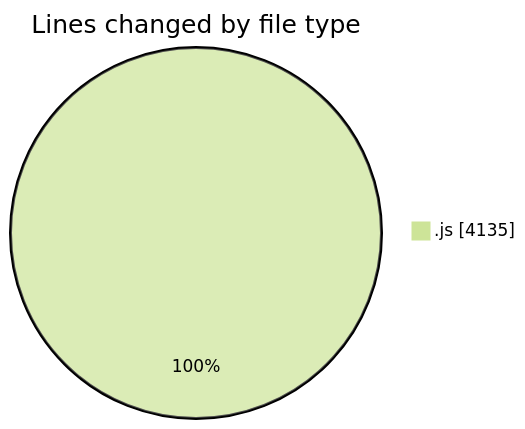
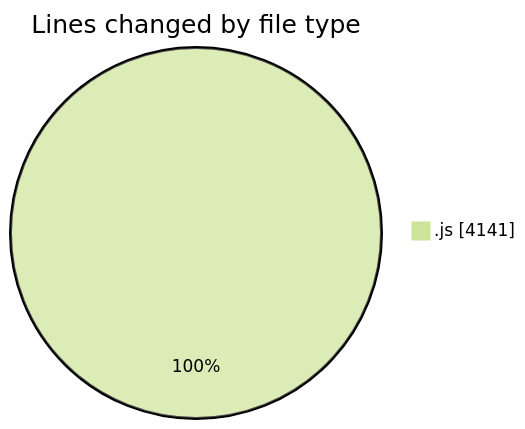
Before and after one commit to nxtqubesakshisongat/code-tracking: the first of 2 diagrams in 2025-08-11/nxtqube_webapp/README.md, drawn with Mermaid (forest theme). The commit also changed other lines of this file and 1 other file, not shown here.

````diff
--- a/2025-08-11/nxtqube_webapp/README.md
+++ b/2025-08-11/nxtqube_webapp/README.md
@@ -21,5 +21,5 @@
 ```mermaid
 pie showData
 title Lines changed by file type
-".js" : 4135
+".js" : 4141
 ```
````
